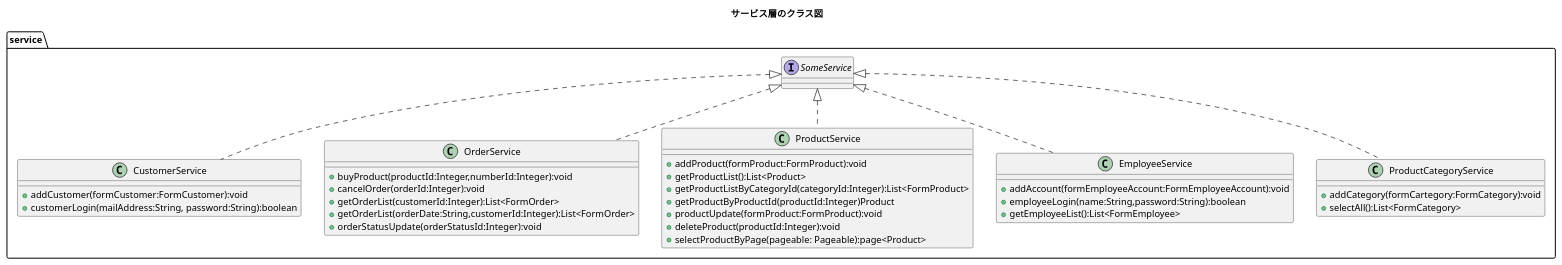
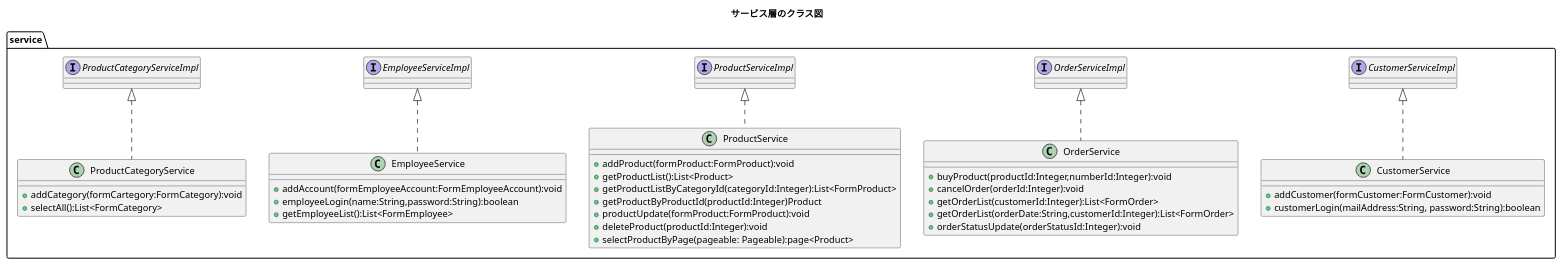
Before and after one commit to kanavii3333/ec-b: the diagram in plan/uml/class/service.plantuml, drawn with PlantUML. The commit also changed 4 other files, not shown here.

```diff
--- a/plan/uml/class/service.plantuml
+++ b/plan/uml/class/service.plantuml
@@ -1,42 +1,42 @@
 @startuml
 title サービス層のクラス図
 package service{
-	class CustomerService implements SomeService{
+	class CustomerService implements CustomerServiceImpl{
 		+ addCustomer(formCustomer:FormCustomer):void
 		+ customerLogin(mailAddress:String, password:String):boolean
 	}
 	
-	class OrderService implements SomeService{
+	class OrderService implements OrderServiceImpl{
 		+ buyProduct(productId:Integer,numberId:Integer):void
 		+ cancelOrder(orderId:Integer):void
 		+ getOrderList(customerId:Integer):List<FormOrder>
 		+ getOrderList(orderDate:String,customerId:Integer):List<FormOrder>
 		+ orderStatusUpdate(orderStatusId:Integer):void
 	}
 	
-	class ProductService implements SomeService{
+	class ProductService implements ProductServiceImpl{
 		+ addProduct(formProduct:FormProduct):void
 		+ getProductList():List<Product>
 		+ getProductListByCategoryId(categoryId:Integer):List<FormProduct>
 		+ getProductByProductId(productId:Integer)Product
 		+ productUpdate(formProduct:FormProduct):void
 		+ deleteProduct(productId:Integer):void
 		+ selectProductByPage(pageable: Pageable):page<Product>
 	}
 
 
-	class EmployeeService implements SomeService{
+	class EmployeeService implements EmployeeServiceImpl{
 		+ addAccount(formEmployeeAccount:FormEmployeeAccount):void
 		+ employeeLogin(name:String,password:String):boolean
 		+ getEmployeeList():List<FormEmployee>
 	}
 	
-	class ProductCategoryService implements SomeService{
+	class ProductCategoryService implements ProductCategoryServiceImpl{
 		+ addCategory(formCartegory:FormCategory):void
 		+ selectAll():List<FormCategory>
 	}	
 }
 
 
 
 @enduml
```
